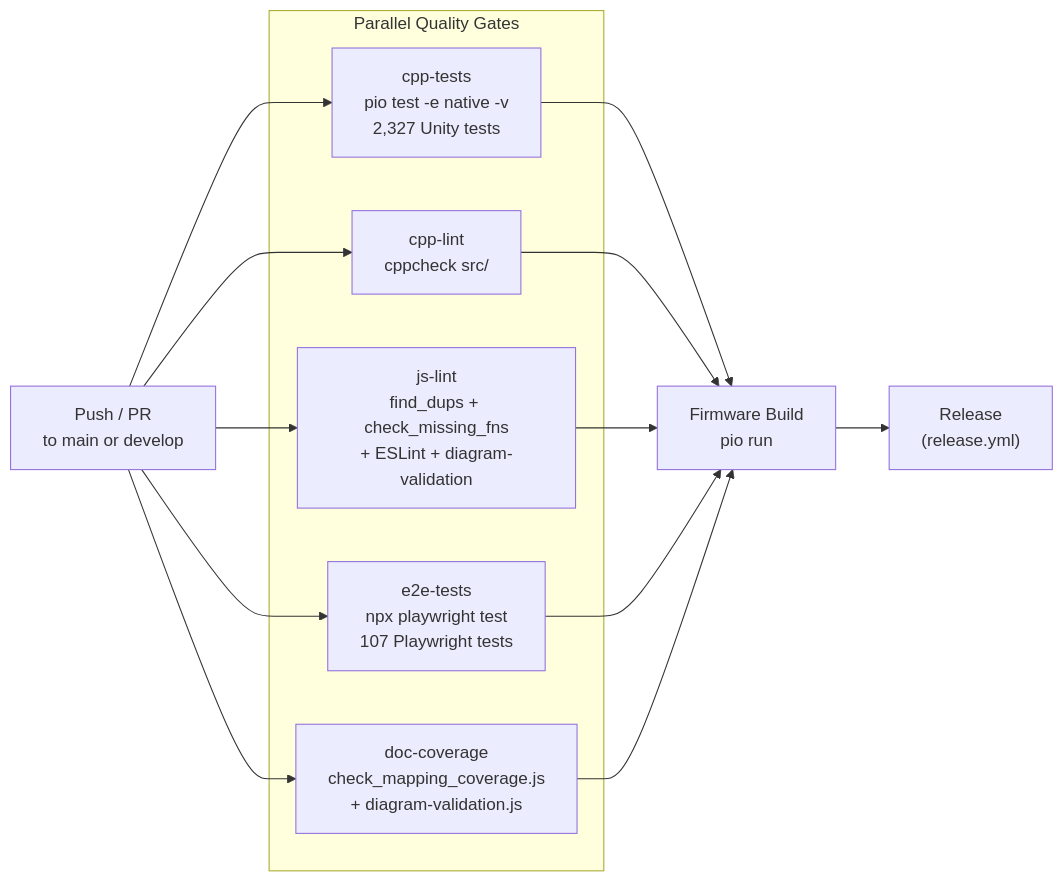
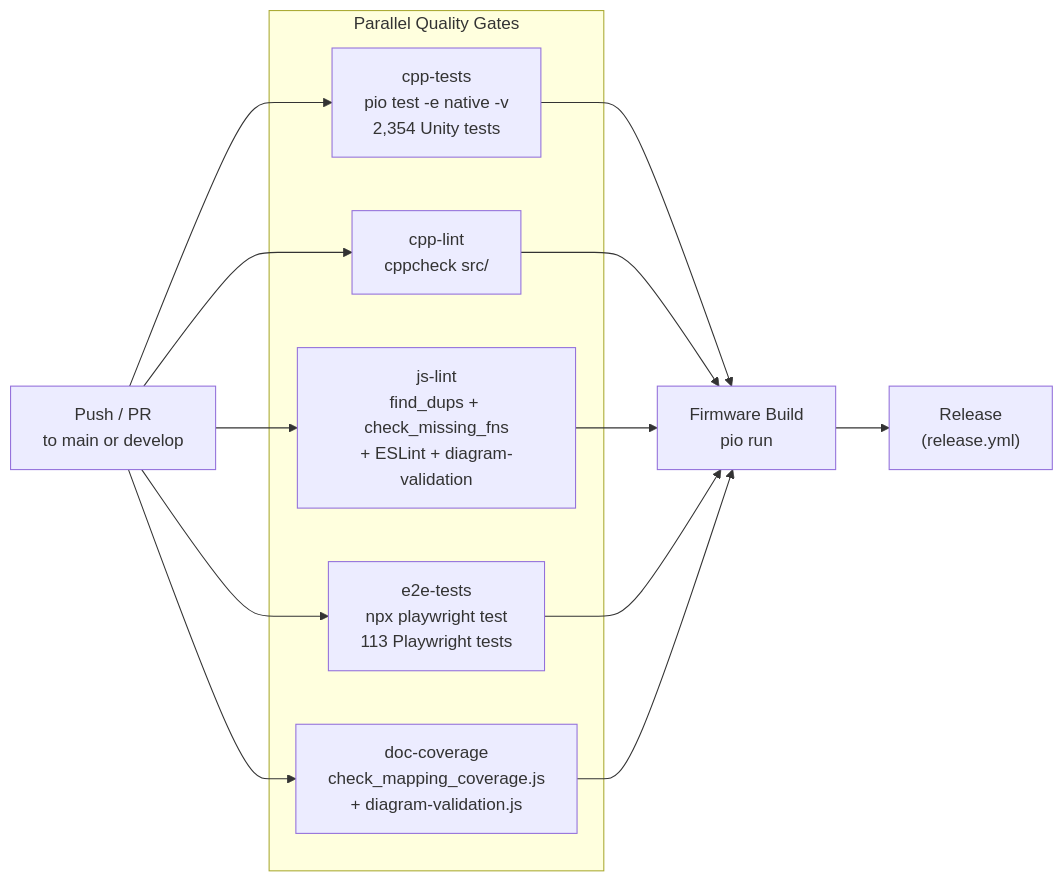
Before and after one commit to Schmackos/ALX_Nova_Controller_2: the second of 2 diagrams in docs-site/docs/developer/testing.md, drawn with Mermaid. The commit also changed other lines of this file and 9 other files, not shown here.

First line of the commit message:
docs: update documentation for concerns cleanup and WS architecture split

````diff
--- a/docs-site/docs/developer/testing.md
+++ b/docs-site/docs/developer/testing.md
@@ -299,18 +303,18 @@
 ```mermaid
 flowchart LR
     PUSH["Push / PR\nto main or develop"]
 
     subgraph Gates ["Parallel Quality Gates"]
-        CPP["cpp-tests\npio test -e native -v\n2,327 Unity tests"]
+        CPP["cpp-tests\npio test -e native -v\n2,354 Unity tests"]
         LINT["cpp-lint\ncppcheck src/"]
         JS["js-lint\nfind_dups + check_missing_fns\n+ ESLint + diagram-validation"]
-        E2E["e2e-tests\nnpx playwright test\n107 Playwright tests"]
+        E2E["e2e-tests\nnpx playwright test\n113 Playwright tests"]
         DOC["doc-coverage\ncheck_mapping_coverage.js\n+ diagram-validation.js"]
     end
 
     BUILD["Firmware Build\npio run"]
     RELEASE["Release\n(release.yml)"]
 
     PUSH --> CPP & LINT & JS & E2E & DOC
     CPP & LINT & JS & E2E & DOC --> BUILD --> RELEASE
 ```
````
